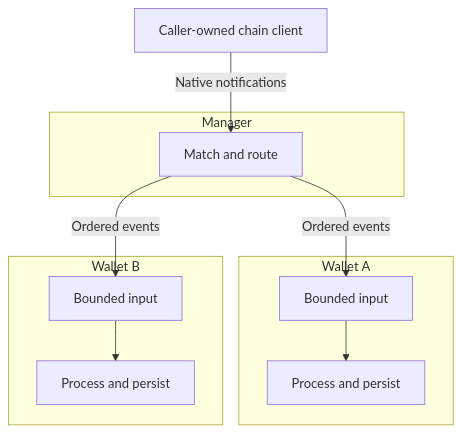
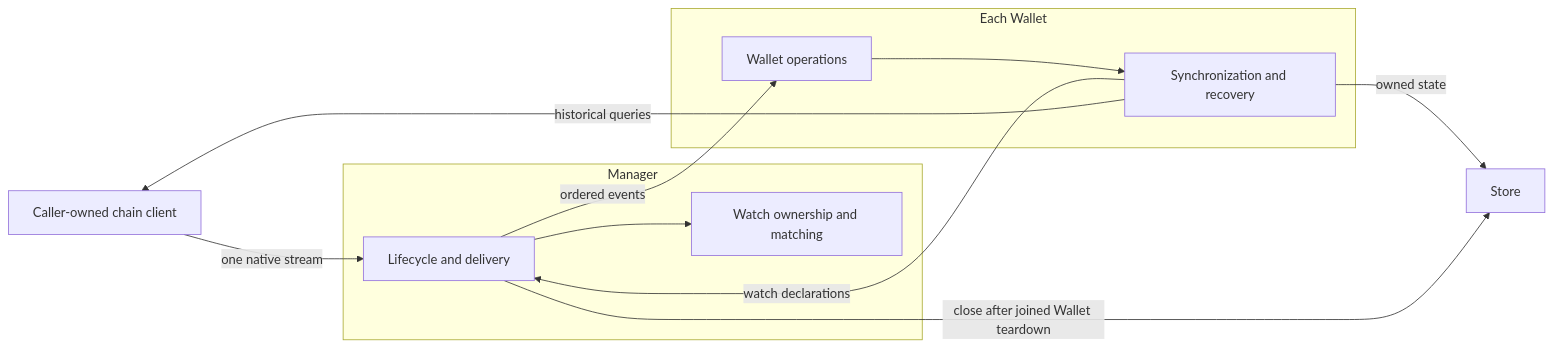
One commit to btcsuite/btcwallet changed the diagram in docs/developer/adr/0017-manager-chain-routing.md. Above: the diagram before and after it, drawn with Mermaid. The commit also changed other lines of this file and 4 other files, not shown here.

First line of the commit message:
docs: explain Wallet-owned chain recovery

````diff
--- a/docs/developer/adr/0017-manager-chain-routing.md
+++ b/docs/developer/adr/0017-manager-chain-routing.md
@@ -48,20 +39,18 @@
 ```mermaid
-flowchart TB
-    %% One native stream enters Manager, which selects Wallet recipients.
+flowchart LR
+    %% Owners are the outer boxes; loops and channels are internal mechanisms.
     C["Caller-owned chain client"]
+    D["Store"]
     subgraph M["Manager"]
-        R["Match and route"]
+        A["Lifecycle and delivery"] --> R["Watch ownership and matching"]
     end
-
-    %% Each Wallet owns its bounded input and processing worker.
-    subgraph W1["Wallet A"]
-        Q1["Bounded input"] --> P1["Process and persist"]
+    subgraph W["Each Wallet"]
+        B["Wallet operations"] --> S["Synchronization and recovery"]
     end
-    subgraph W2["Wallet B"]
-        Q2["Bounded input"] --> P2["Process and persist"]
-    end
-
-    C -->|"Native notifications"| R
-    R -->|"Ordered events"| Q1
-    R -->|"Ordered events"| Q2
+    C -->|"one native stream"| A
+    A -->|"ordered events"| B
+    S -->|"watch declarations"| A
+    S -->|"historical queries"| C
+    S -->|"owned state"| D
+    A -->|"close after joined Wallet teardown"| D
 ```
````
